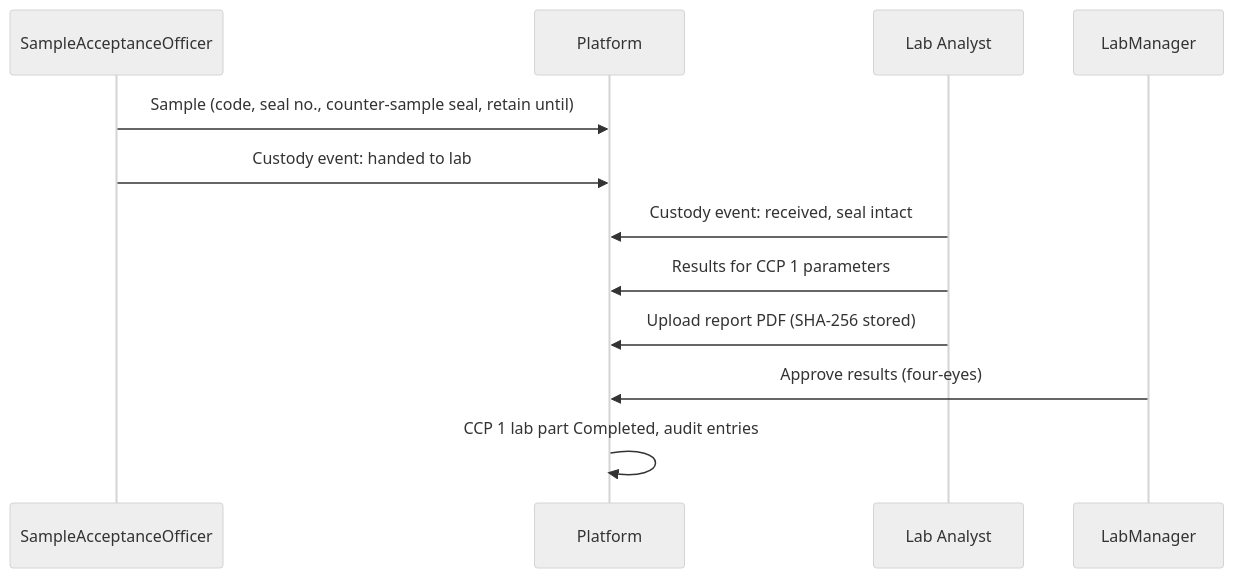
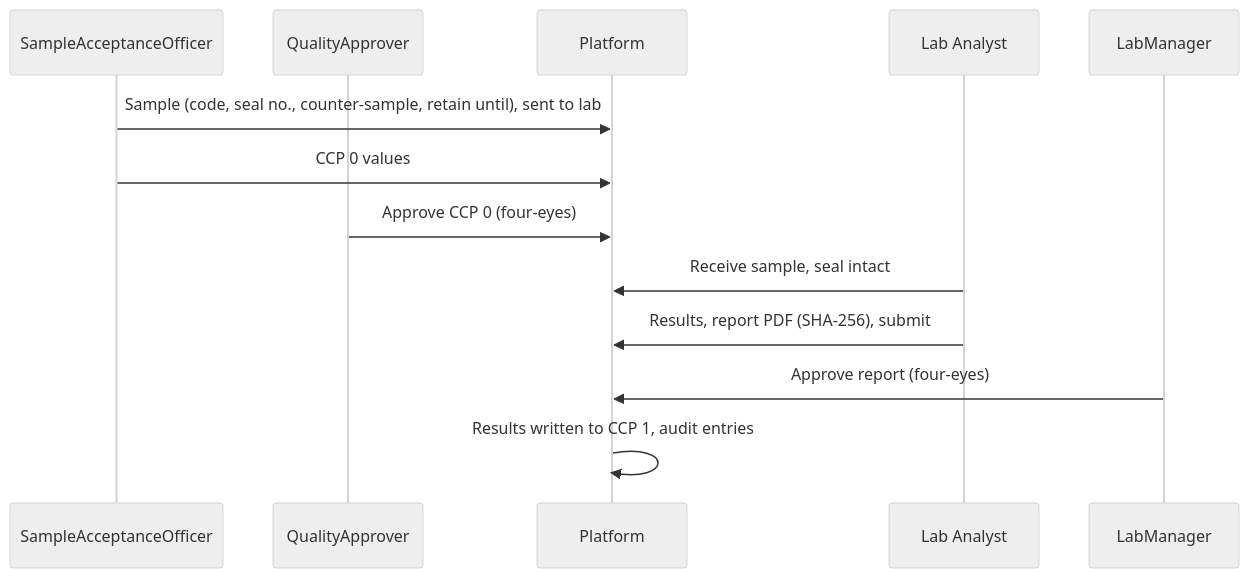
The third of 5 diagrams in docs/ROLE-MODEL.md (ben-emre-ozkan/top4honeychains-web), drawn with Mermaid (neutral theme) before and after one commit. The commit also changed other lines of this file and 92 other files, not shown here.

````diff
--- a/docs/ROLE-MODEL.md
+++ b/docs/ROLE-MODEL.md
@@ -186,14 +213,15 @@
 ```mermaid
 sequenceDiagram
     participant SAO as SampleAcceptanceOfficer
+    participant QA as QualityApprover
     participant P as Platform
     participant L as Lab Analyst
     participant M as LabManager
-    SAO->>P: Sample (code, seal no., counter-sample seal, retain until)
-    SAO->>P: Custody event: handed to lab
-    L->>P: Custody event: received, seal intact
-    L->>P: Results for CCP 1 parameters
-    L->>P: Upload report PDF (SHA-256 stored)
-    M->>P: Approve results (four-eyes)
-    P->>P: CCP 1 lab part Completed, audit entries
+    SAO->>P: Sample (code, seal no., counter-sample, retain until), sent to lab
+    SAO->>P: CCP 0 values
+    QA->>P: Approve CCP 0 (four-eyes)
+    L->>P: Receive sample, seal intact
+    L->>P: Results, report PDF (SHA-256), submit
+    M->>P: Approve report (four-eyes)
+    P->>P: Results written to CCP 1, audit entries
 ```
````
